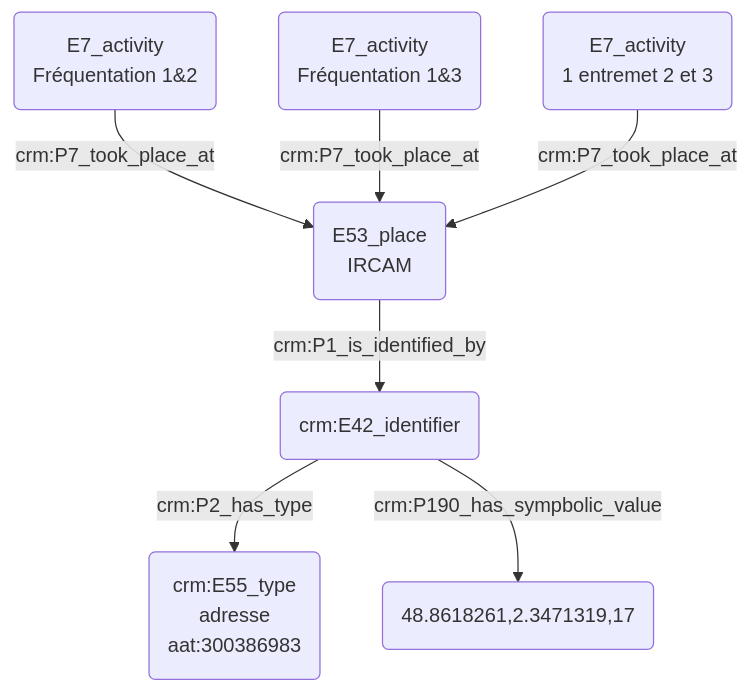
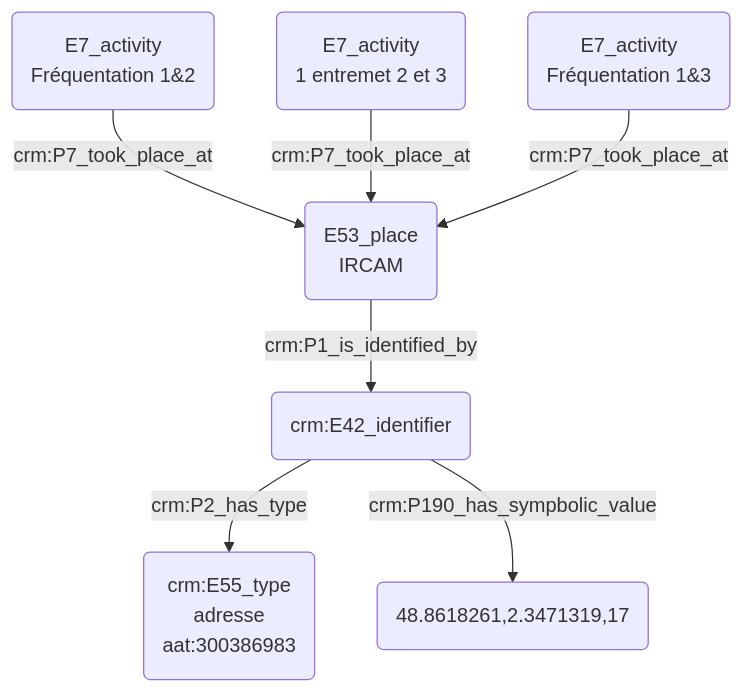
The second of 2 diagrams in modules/livrables/Dossier 2/Prosopographie/rencontre de quelqu'un par le biais d'une tierce personne au sein d'un même lieu.md (Amleth/consortium-musica2-gt2-ontologies), drawn with Mermaid before and after one commit. The commit also changed other lines of this file, not shown here.

````diff
--- a/modules/livrables/Dossier 2/Prosopographie/rencontre de quelqu'un par le biais d'une tierce personne au sein d'un même lieu.md
+++ b/modules/livrables/Dossier 2/Prosopographie/rencontre de quelqu'un par le biais d'une tierce personne au sein d'un même lieu.md
@@ -29,12 +29,12 @@
 ```mermaid
 graph TD;
 
 A(E7_activity<br>Fréquentation 1&2) -->|crm:P7_took_place_at| B(E53_place<br>IRCAM)
+E(E7_activity<br>1 entremet 2 et 3) --> |crm:P7_took_place_at| B(E53_place<br>IRCAM)
 C(E7_activity<br>Fréquentation 1&3) -->|crm:P7_took_place_at| B(E53_place<br>IRCAM)
-E(E7_activity<br>1 entremet 2 et 3) --> |crm:P7_took_place_at| B(E53_place<br>IRCAM)
 
 B(E53_place<br>IRCAM) --> |crm:P1_is_identified_by| F(crm:E42_identifier)
 F(crm:E42_identifier) --> |crm:P2_has_type| G(crm:E55_type<br>adresse<br>aat:300386983)
 F(crm:E42_identifier) --> |crm:P190_has_sympbolic_value| H(48.8618261,2.3471319,17)
 
 ```
````
